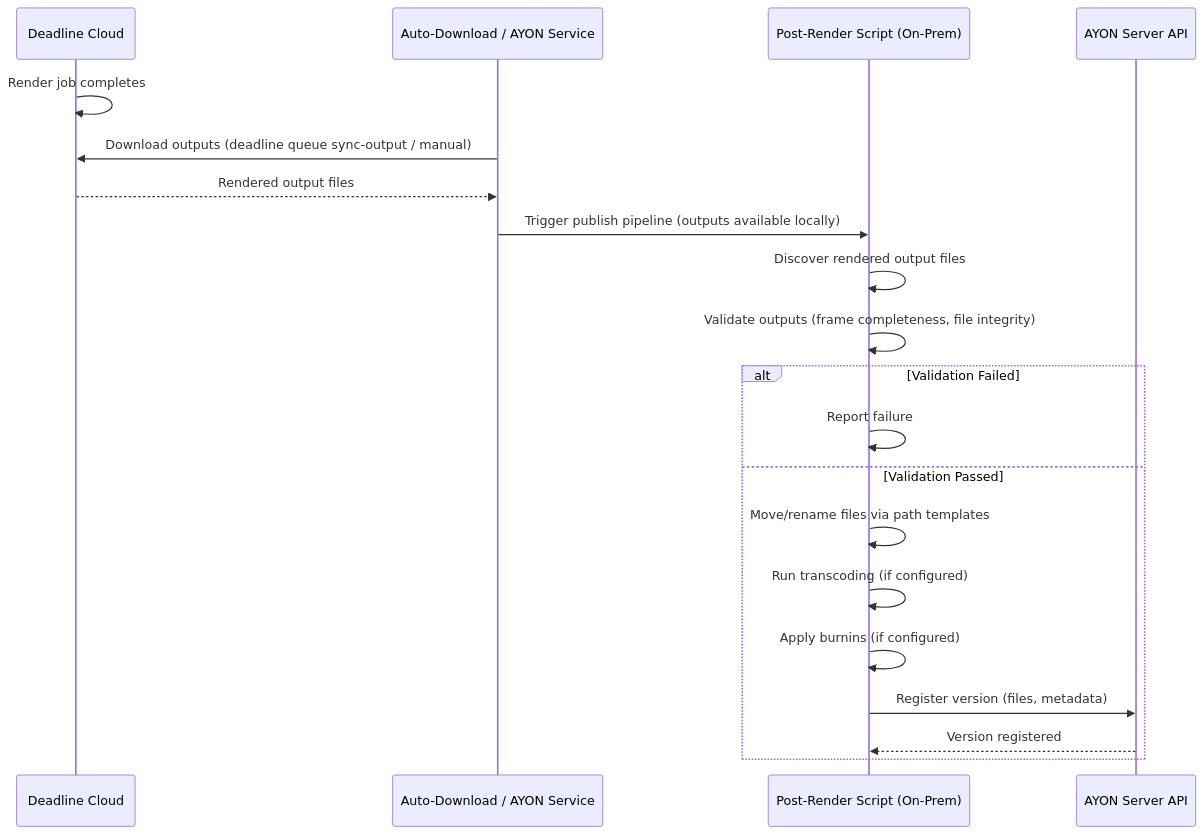
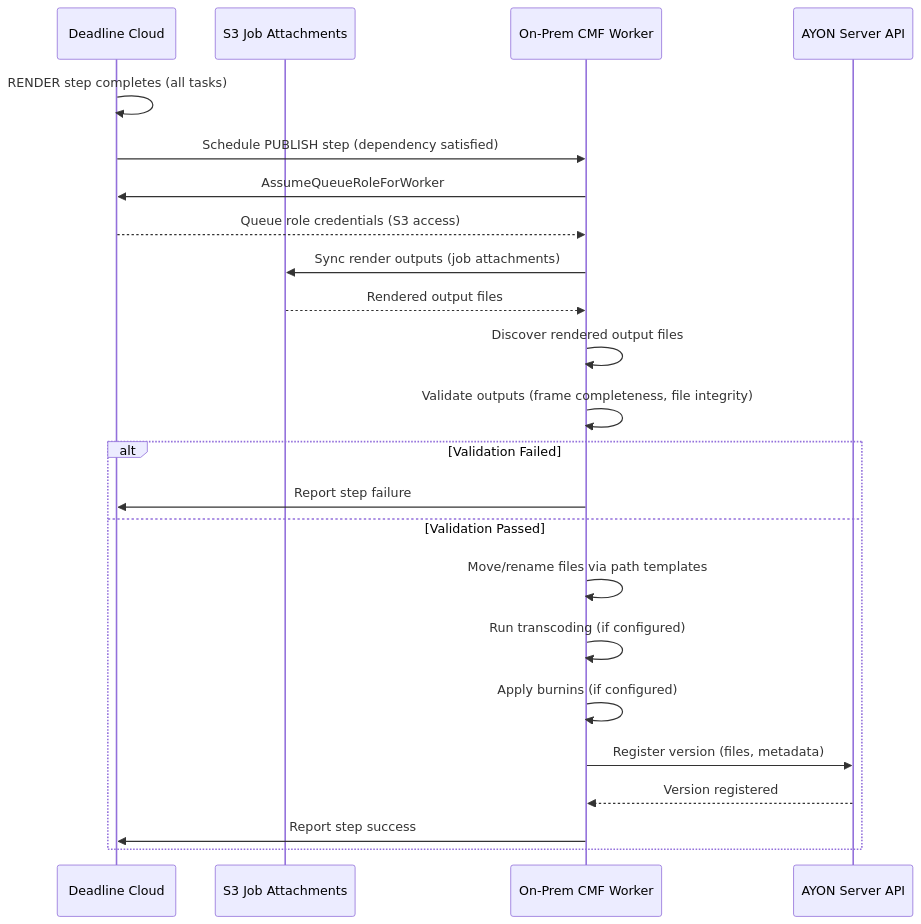
One commit to leon-li-inspire/ayon-deadline-cloud changed the third of 3 diagrams in .kiro/specs/deadline-cloud-integration/design.md. Above: the diagram before and after it, drawn with Mermaid. The commit also changed other lines of this file, not shown here.

First line of the commit message:
design: hybrid SMF + on-prem CMF post-render architecture

````diff
--- a/.kiro/specs/deadline-cloud-integration/design.md
+++ b/.kiro/specs/deadline-cloud-integration/design.md
@@ -113,25 +113,28 @@
 ```mermaid
 sequenceDiagram
     participant DC as Deadline Cloud
-    participant DL as Auto-Download / AYON Service
-    participant Script as Post-Render Script (On-Prem)
+    participant S3 as S3 Job Attachments
+    participant Worker as On-Prem CMF Worker
     participant AYON as AYON Server API
 
-    DC->>DC: Render job completes
-    DL->>DC: Download outputs (deadline queue sync-output / manual)
-    DC-->>DL: Rendered output files
+    DC->>DC: RENDER step completes (all tasks)
+    DC->>Worker: Schedule PUBLISH step (dependency satisfied)
+    Worker->>DC: AssumeQueueRoleForWorker
+    DC-->>Worker: Queue role credentials (S3 access)
+    Worker->>S3: Sync render outputs (job attachments)
+    S3-->>Worker: Rendered output files
 
-    DL->>Script: Trigger publish pipeline (outputs available locally)
-    Script->>Script: Discover rendered output files
-    Script->>Script: Validate outputs (frame completeness, file integrity)
+    Worker->>Worker: Discover rendered output files
+    Worker->>Worker: Validate outputs (frame completeness, file integrity)
 
     alt Validation Failed
-        Script->>Script: Report failure
+        Worker->>DC: Report step failure
     else Validation Passed
-        Script->>Script: Move/rename files via path templates
-        Script->>Script: Run transcoding (if configured)
-        Script->>Script: Apply burnins (if configured)
-        Script->>AYON: Register version (files, metadata)
-        AYON-->>Script: Version registered
+        Worker->>Worker: Move/rename files via path templates
+        Worker->>Worker: Run transcoding (if configured)
+        Worker->>Worker: Apply burnins (if configured)
+        Worker->>AYON: Register version (files, metadata)
+        AYON-->>Worker: Version registered
+        Worker->>DC: Report step success
     end
 ```
````
